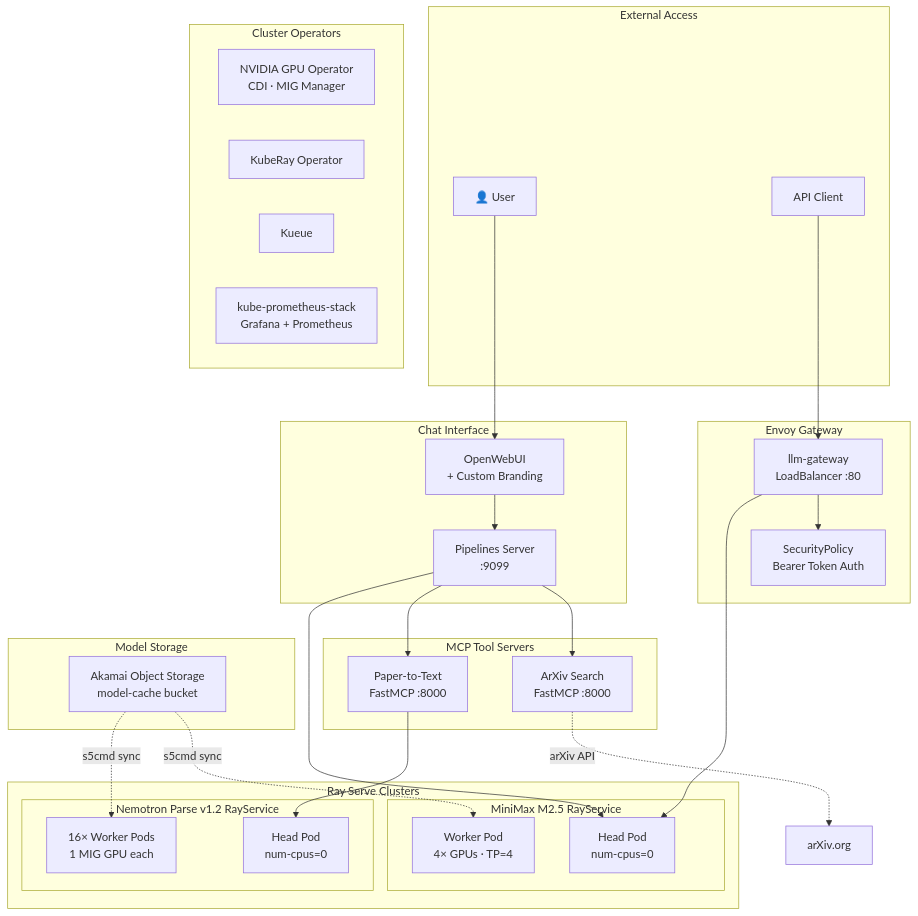
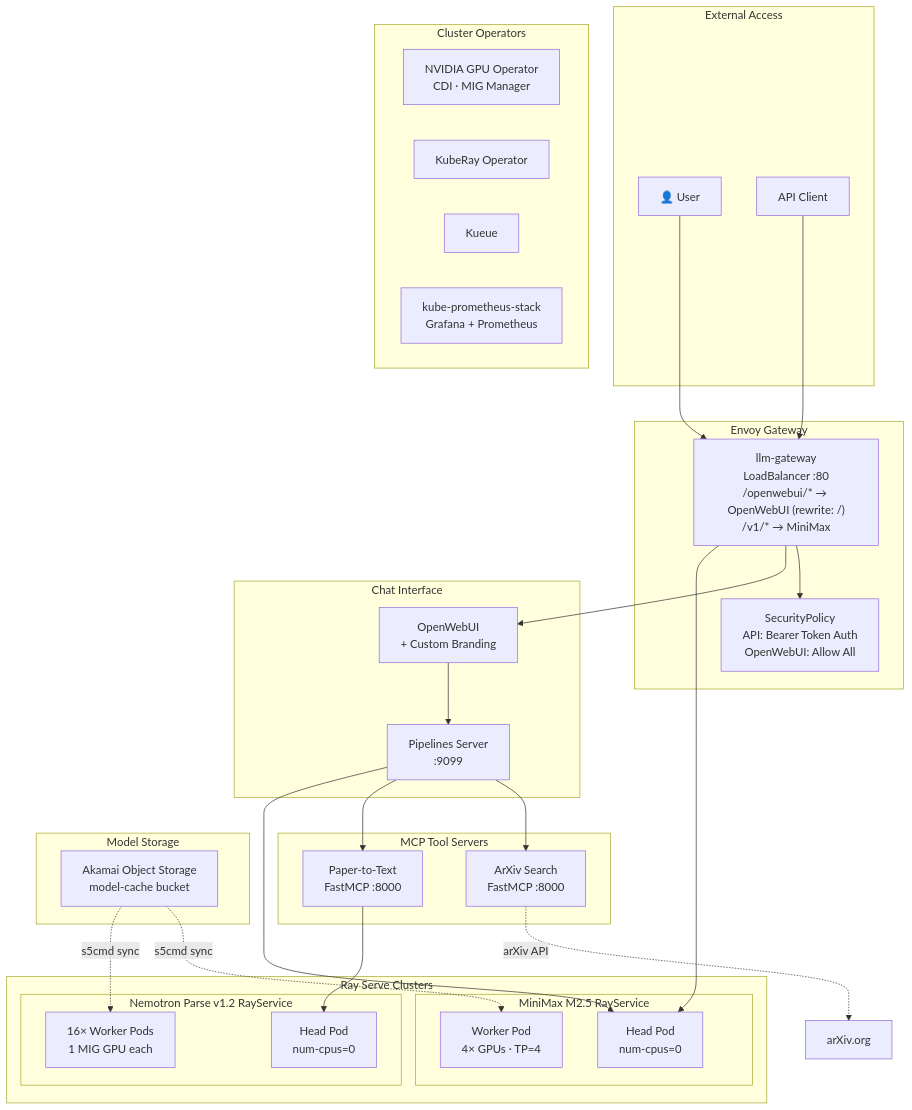
The first of 3 diagrams in README.md (akamai-developers/multimodal-kuberay), drawn with Mermaid before and after one commit. The commit also changed other lines of this file and 1 other file, not shown here.

Commit message:
Update rayservice-minimax.yaml to use ClusterIP and enhance README with unified gateway details

````diff
--- a/README.md
+++ b/README.md
@@ -35,57 +36,58 @@
 ```mermaid
 graph TB
     subgraph External["External Access"]
         User["👤 User"]
         API["API Client"]
     end
 
     subgraph Gateway["Envoy Gateway"]
-        GW["llm-gateway<br/>LoadBalancer :80"]
-        Auth["SecurityPolicy<br/>Bearer Token Auth"]
+        GW["llm-gateway<br/>LoadBalancer :80<br/>/openwebui/* → OpenWebUI (rewrite: /)<br/>/v1/* → MiniMax"]
+        Auth["SecurityPolicy<br/>API: Bearer Token Auth<br/>OpenWebUI: Allow All"]
         GW --> Auth
     end
 
     subgraph UI["Chat Interface"]
         WebUI["OpenWebUI<br/>+ Custom Branding"]
         Pipelines["Pipelines Server<br/>:9099"]
         WebUI --> Pipelines
     end
 
     subgraph MCP["MCP Tool Servers"]
         ArXiv["ArXiv Search<br/>FastMCP :8000"]
         PaperOCR["Paper-to-Text<br/>FastMCP :8000"]
     end
 
     subgraph Ray["Ray Serve Clusters"]
         subgraph MiniMaxCluster["MiniMax M2.5 RayService"]
             MMHead["Head Pod<br/>num-cpus=0"]
             MMWorker["Worker Pod<br/>4× GPUs · TP=4"]
         end
         subgraph NemotronCluster["Nemotron Parse v1.2 RayService"]
             NPHead["Head Pod<br/>num-cpus=0"]
             NPWorkers["16× Worker Pods<br/>1 MIG GPU each"]
         end
     end
 
     subgraph Operators["Cluster Operators"]
         GPUOp["NVIDIA GPU Operator<br/>CDI · MIG Manager"]
         KubeRay["KubeRay Operator"]
         Kueue["Kueue"]
         Prom["kube-prometheus-stack<br/>Grafana + Prometheus"]
     end
 
     subgraph Storage["Model Storage"]
         ObjStore["Akamai Object Storage<br/>model-cache bucket"]
     end
 
-    User --> WebUI
+    User --> GW
     API --> GW
+    GW --> WebUI
     GW --> MMHead
     Pipelines --> ArXiv
     Pipelines --> PaperOCR
     PaperOCR --> NPHead
     Pipelines --> MMHead
     ArXiv -.->|"arXiv API"| ExternalArXiv["arXiv.org"]
     ObjStore -.->|"s5cmd sync"| MMWorker
     ObjStore -.->|"s5cmd sync"| NPWorkers
 ```
````
